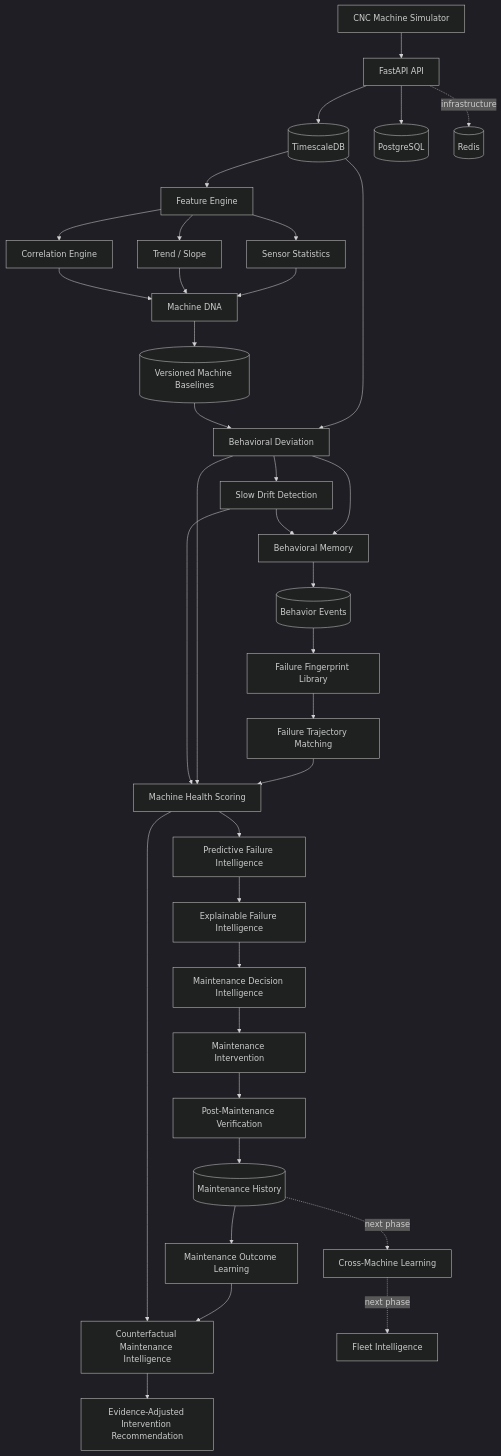
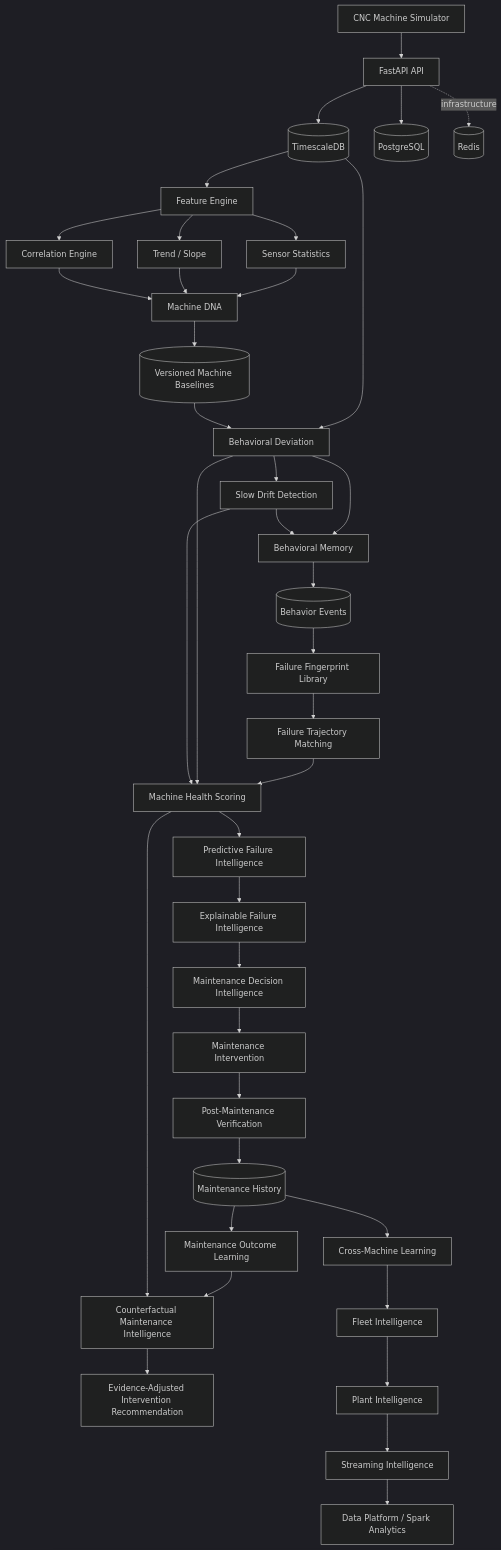
One commit to saeidkh96/redpulse-ai changed the diagram in README.md. Above: the diagram before and after it, drawn with Mermaid (dark theme). The commit also changed other lines of this file, not shown here.

````diff
--- a/README.md
+++ b/README.md
@@ -76,51 +76,54 @@
 ```mermaid
 flowchart TD
     SIM[CNC Machine Simulator] --> API[FastAPI API]
 
     API --> TS[(TimescaleDB)]
     API --> PG[(PostgreSQL)]
     API -. infrastructure .-> REDIS[(Redis)]
 
     TS --> FE[Feature Engine]
     FE --> STAT[Sensor Statistics]
     FE --> TREND[Trend / Slope]
     FE --> CORR[Correlation Engine]
 
     STAT --> DNA[Machine DNA]
     TREND --> DNA
     CORR --> DNA
     DNA --> BASE[(Versioned Machine Baselines)]
 
     TS --> DEV[Behavioral Deviation]
     BASE --> DEV
     DEV --> DRIFT[Slow Drift Detection]
 
     DEV --> MEM[Behavioral Memory]
     DRIFT --> MEM
     MEM --> EVENTS[(Behavior Events)]
 
     EVENTS --> FPLIB[Failure Fingerprint Library]
     FPLIB --> MATCH[Failure Trajectory Matching]
 
     MATCH --> HEALTH[Machine Health Scoring]
     DEV --> HEALTH
     DRIFT --> HEALTH
 
     HEALTH --> PRED[Predictive Failure Intelligence]
     PRED --> EXPLAIN[Explainable Failure Intelligence]
 
     EXPLAIN --> DECIDE[Maintenance Decision Intelligence]
     DECIDE --> INTERVENTION[Maintenance Intervention]
 
     INTERVENTION --> VERIFY[Post-Maintenance Verification]
     VERIFY --> HISTORY[(Maintenance History)]
 
     HISTORY --> OUTCOME[Maintenance Outcome Learning]
     OUTCOME --> CF[Counterfactual Maintenance Intelligence]
     HEALTH --> CF
 
     CF --> RECOMMEND[Evidence-Adjusted Intervention Recommendation]
 
-    HISTORY -. next phase .-> CROSS[Cross-Machine Learning]
-    CROSS -. next phase .-> FLEET[Fleet Intelligence]
+    HISTORY --> CROSS[Cross-Machine Learning]
+    CROSS --> FLEET[Fleet Intelligence]
+    FLEET --> PLANT[Plant Intelligence]
+    PLANT --> STREAM[Streaming Intelligence]
+    STREAM --> DATA[Data Platform / Spark Analytics]
 ```
````
